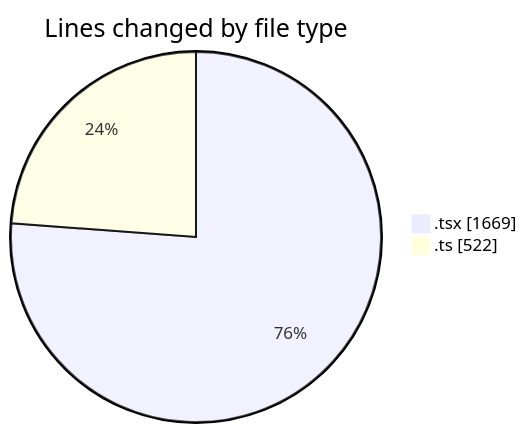
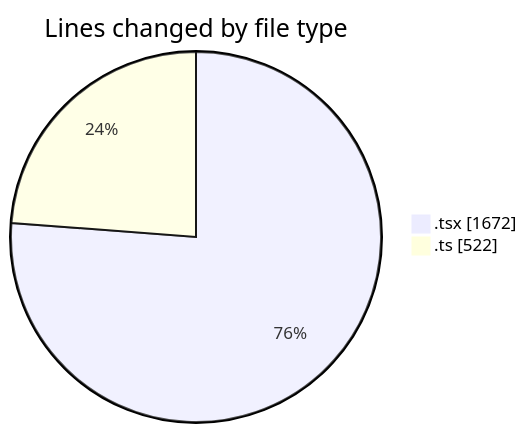
One commit to nxtqubesakshisongat/code-tracking changed the first of 2 diagrams in 2026-04-03/nxtqube_webapp/README.md. Above: the diagram before and after it, drawn with Mermaid. The commit also changed other lines of this file and 1 other file, not shown here.

````diff
--- a/2026-04-03/nxtqube_webapp/README.md
+++ b/2026-04-03/nxtqube_webapp/README.md
@@ -22,6 +22,6 @@
 ```mermaid
 pie showData
 title Lines changed by file type
-".tsx" : 1669
+".tsx" : 1672
 ".ts" : 522
 ```
````
